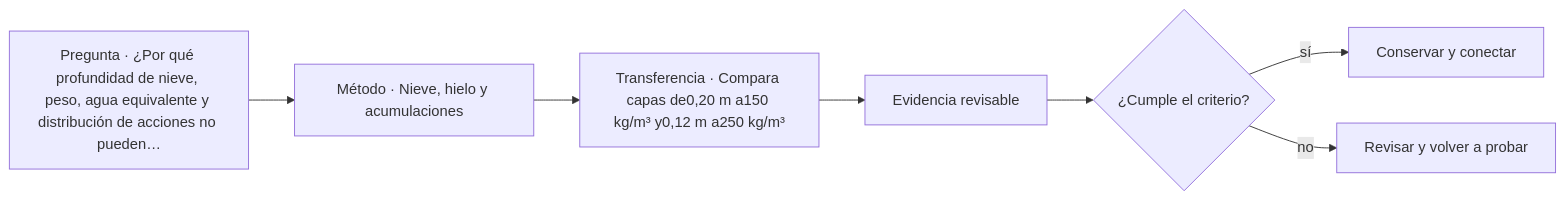
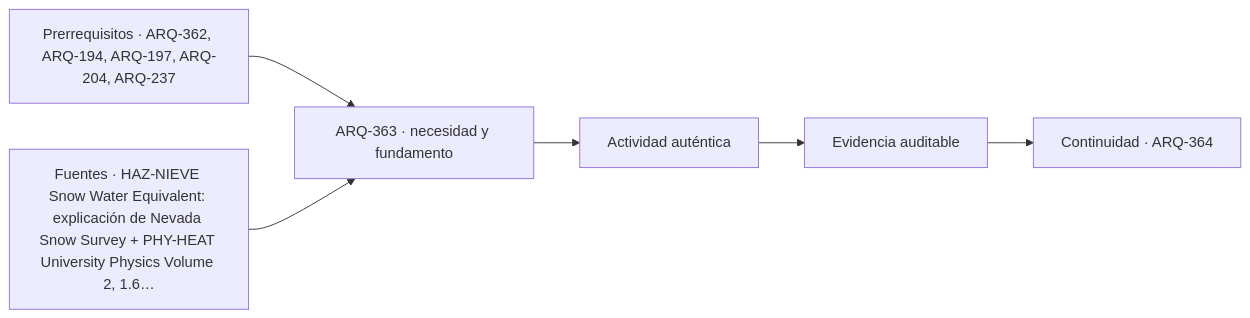
The diagram in classes/parte-37/ARQ-363.md (vladimiracunadev-create/architecture-built-environment-learning-program), drawn with Mermaid before and after one commit. The commit also changed other lines of this file and 761 other files, not shown here.

````diff
--- a/classes/parte-37/ARQ-363.md
+++ b/classes/parte-37/ARQ-363.md
@@ -113,9 +125,8 @@
 ```mermaid
 flowchart LR
-    Q["Pregunta · ¿Por qué profundidad de nieve, peso, agua equivalente y distribución de acciones no pueden…"] --> M["Método · Nieve, hielo y acumulaciones"]
-    M --> P["Transferencia · Compara capas de0,20 m a150 kg/m³ y0,12 m a250 kg/m³"]
-    P --> E["Evidencia revisable"]
-    E --> C{"¿Cumple el criterio?"}
-    C -->|sí| T["Conservar y conectar"]
-    C -->|no| R["Revisar y volver a probar"]
+    A["Prerrequisitos · ARQ-362, ARQ-194, ARQ-197, ARQ-204, ARQ-237"] --> B["ARQ-363 · necesidad y fundamento"]
+    S["Fuentes · HAZ-NIEVE Snow Water Equivalent: explicación de Nevada Snow Survey + PHY-HEAT University Physics Volume 2, 1.6…"] --> B
+    B --> C["Actividad auténtica"]
+    C --> D["Evidencia auditable"]
+    D --> E["Continuidad · ARQ-364"]
 ```
````
